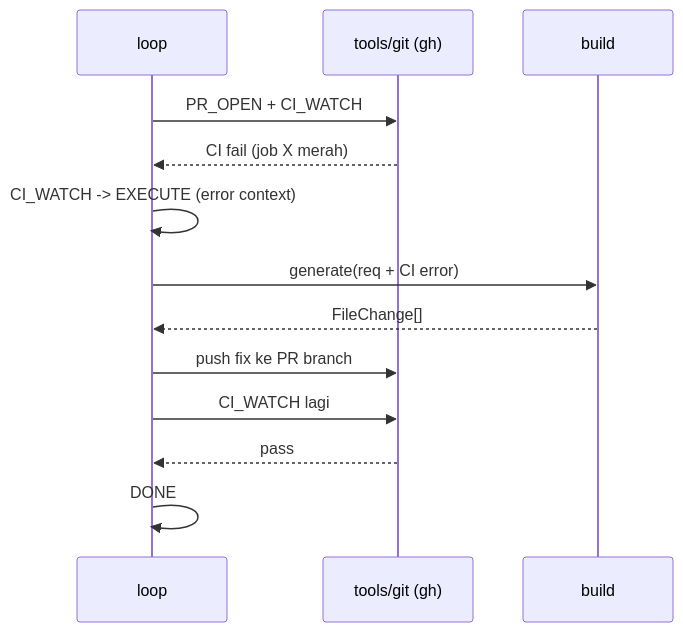
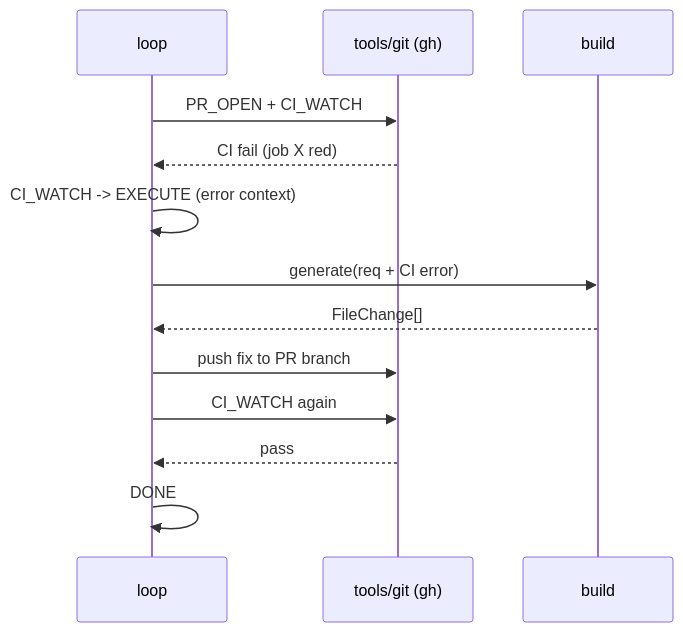
The third of 4 diagrams in docs/design/sequences.md (miruamel/zhi), drawn with Mermaid before and after one commit. The commit also changed other lines of this file and 33 other files, not shown here.

First line of the commit message:
docs(i18n): translate README + docs/{ARCHITECTURE,configuration,security,observability,design,guides,standards,runbooks,examples} to English

````diff
--- a/docs/design/sequences.md
+++ b/docs/design/sequences.md
@@ -70,16 +70,16 @@
 ```mermaid
 sequenceDiagram
   participant L as loop
   participant G as tools/git (gh)
   participant B as build
 
   L->>G: PR_OPEN + CI_WATCH
-  G-->>L: CI fail (job X merah)
+  G-->>L: CI fail (job X red)
   L->>L: CI_WATCH -> EXECUTE (error context)
   L->>B: generate(req + CI error)
   B-->>L: FileChange[]
-  L->>G: push fix ke PR branch
-  L->>G: CI_WATCH lagi
+  L->>G: push fix to PR branch
+  L->>G: CI_WATCH again
   G-->>L: pass
   L->>L: DONE
 ```
````
